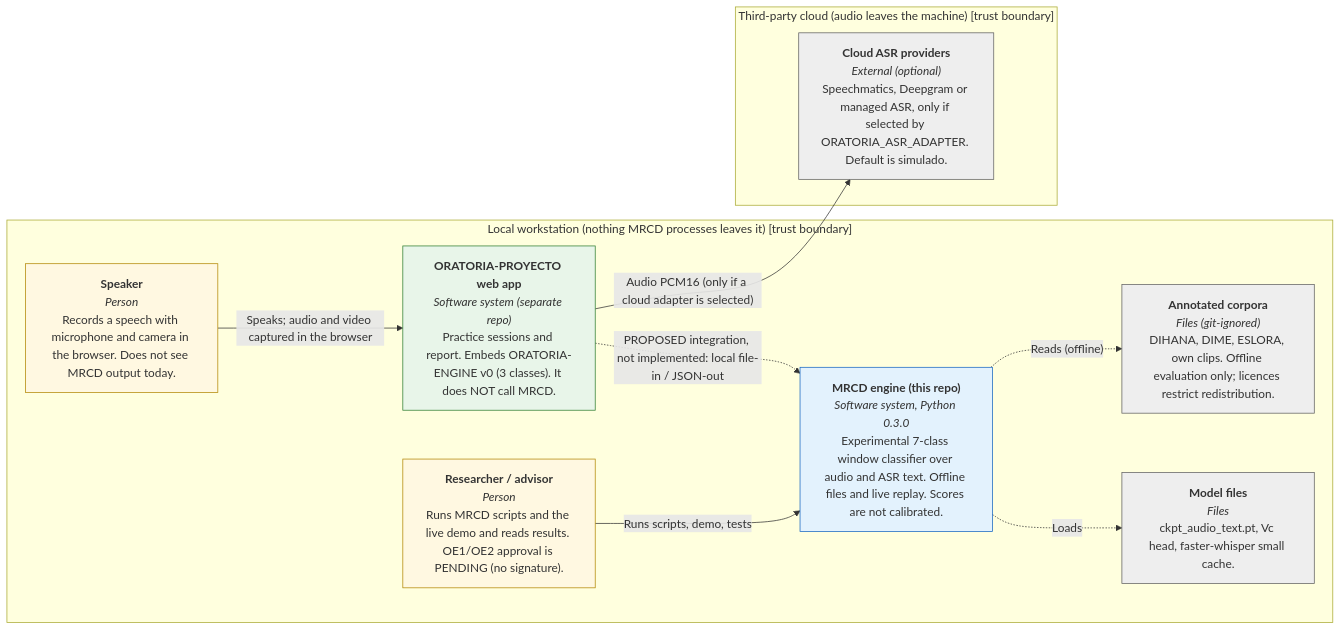
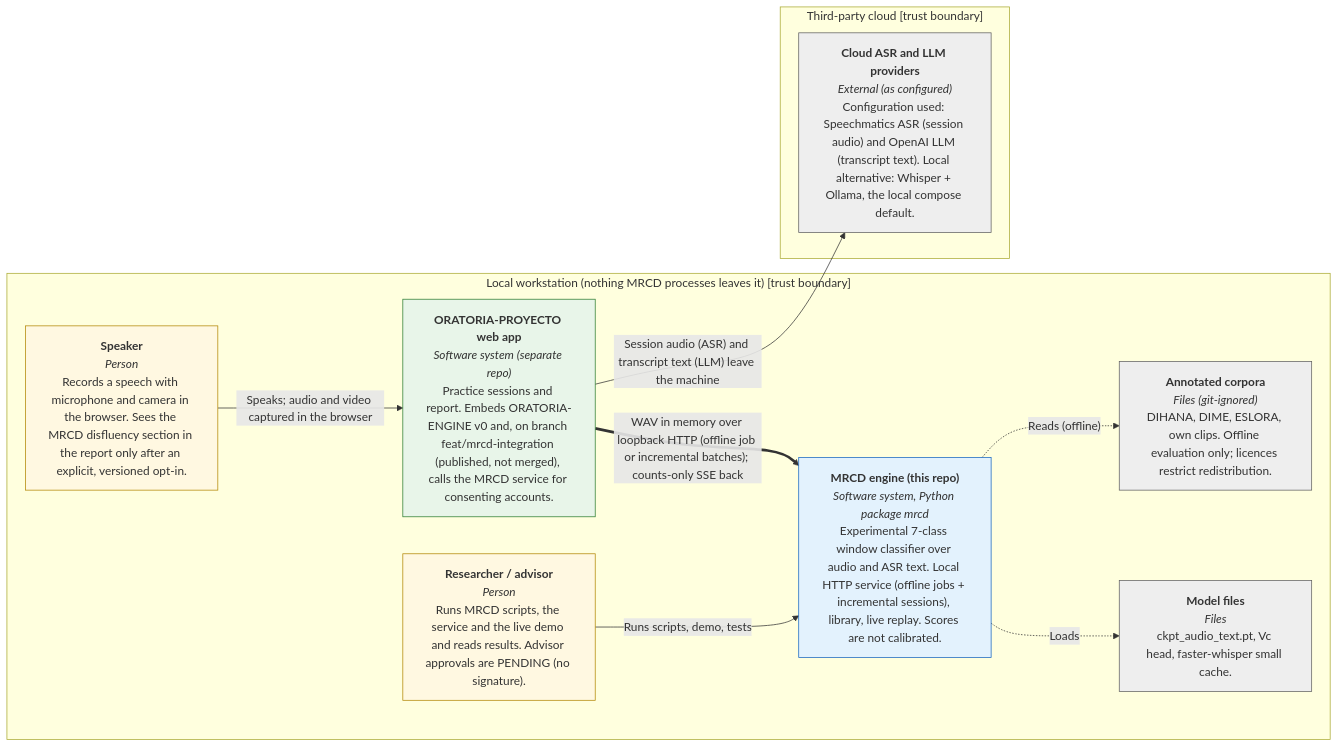
One commit to oratorIA-ProyectoTesis/MRCD changed the diagram in docs/architecture/c4_1_context.mmd. Above: the diagram before and after it, drawn with Mermaid. The commit also changed 238 other files, not shown here.

```diff
--- a/docs/architecture/c4_1_context.mmd
+++ b/docs/architecture/c4_1_context.mmd
@@ -1,25 +1,25 @@
-%% C4 level 1 - System context (as inspected)
-%% Generated by docs/architecture/c4_model.py from the same model as the SVG. NOT render-tested locally (no Mermaid renderer installed).
+%% C4 level 1 - System context (current: MRCD service integrated in the app on feat/mrcd-integration)
+%% Generated by docs/architecture/c4_model.py from the same model as the SVG. Compile-checked with render_mermaid_check.sh.
 flowchart LR
   subgraph local["Local workstation (nothing MRCD processes leaves it) [trust boundary]"]
-    speaker["<b>Speaker</b><br/><i>Person</i><br/>Records a speech with microphone and camera in the browser. Does not see MRCD output today."]:::per
-    researcher["<b>Researcher / advisor</b><br/><i>Person</i><br/>Runs MRCD scripts and the live demo and reads results. OE1/OE2 approval is PENDING (no signature)."]:::per
-    app["<b>ORATORIA-PROYECTO web app</b><br/><i>Software system (separate repo)</i><br/>Practice sessions and report. Embeds ORATORIA-ENGINE v0 (3 classes). It does NOT call MRCD."]:::app
-    mrcd["<b>MRCD engine (this repo)</b><br/><i>Software system, Python 0.3.0</i><br/>Experimental 7-class window classifier over audio and ASR text. Offline files and live replay. Scores are not calibrated."]:::cur
+    speaker["<b>Speaker</b><br/><i>Person</i><br/>Records a speech with microphone and camera in the browser. Sees the MRCD disfluency section in the report only after an explicit, versioned opt-in."]:::per
+    researcher["<b>Researcher / advisor</b><br/><i>Person</i><br/>Runs MRCD scripts, the service and the live demo and reads results. Advisor approvals are PENDING (no signature)."]:::per
+    app["<b>ORATORIA-PROYECTO web app</b><br/><i>Software system (separate repo)</i><br/>Practice sessions and report. Embeds ORATORIA-ENGINE v0 and, on branch feat/mrcd-integration (published, not merged), calls the MRCD service for consenting accounts."]:::app
+    mrcd["<b>MRCD engine (this repo)</b><br/><i>Software system, Python package mrcd</i><br/>Experimental 7-class window classifier over audio and ASR text. Local HTTP service (offline jobs + incremental sessions), library, live replay. Scores are not calibrated."]:::cur
     corpora["<b>Annotated corpora</b><br/><i>Files (git-ignored)</i><br/>DIHANA, DIME, ESLORA, own clips. Offline evaluation only; licences restrict redistribution."]:::ext
     models["<b>Model files</b><br/><i>Files</i><br/>ckpt_audio_text.pt, Vc head, faster-whisper small cache."]:::ext
   end
-  subgraph cloud["Third-party cloud (audio leaves the machine) [trust boundary]"]
-    asr["<b>Cloud ASR providers</b><br/><i>External (optional)</i><br/>Speechmatics, Deepgram or managed ASR, only if selected by ORATORIA_ASR_ADAPTER. Default is simulado."]:::ext
+  subgraph cloud["Third-party cloud [trust boundary]"]
+    asr["<b>Cloud ASR and LLM providers</b><br/><i>External (as configured)</i><br/>Configuration used: Speechmatics ASR (session audio) and OpenAI LLM (transcript text). Local alternative: Whisper + Ollama, the local compose default."]:::ext
   end
   speaker -->|"Speaks; audio and video captured in the browser"| app
-  app -->|"Audio PCM16 (only if a cloud adapter is selected)"| asr
+  app -->|"Session audio (ASR) and transcript text (LLM) leave the machine"| asr
   researcher -->|"Runs scripts, demo, tests"| mrcd
   mrcd -.->|"Reads (offline)"| corpora
   mrcd -.->|"Loads"| models
-  app -.->|"PROPOSED integration, not implemented: local file-in / JSON-out"| mrcd
+  app ==>|"WAV in memory over loopback HTTP (offline job or incremental batches); counts-only SSE back"| mrcd
   classDef cur fill:#e3f2fd,stroke:#1565c0
   classDef app fill:#e8f5e9,stroke:#2e7d32
   classDef ext fill:#eeeeee,stroke:#616161
   classDef per fill:#fff8e1,stroke:#b28704
   classDef prop fill:#ffffff,stroke:#e65100,stroke-dasharray:7 4
```
